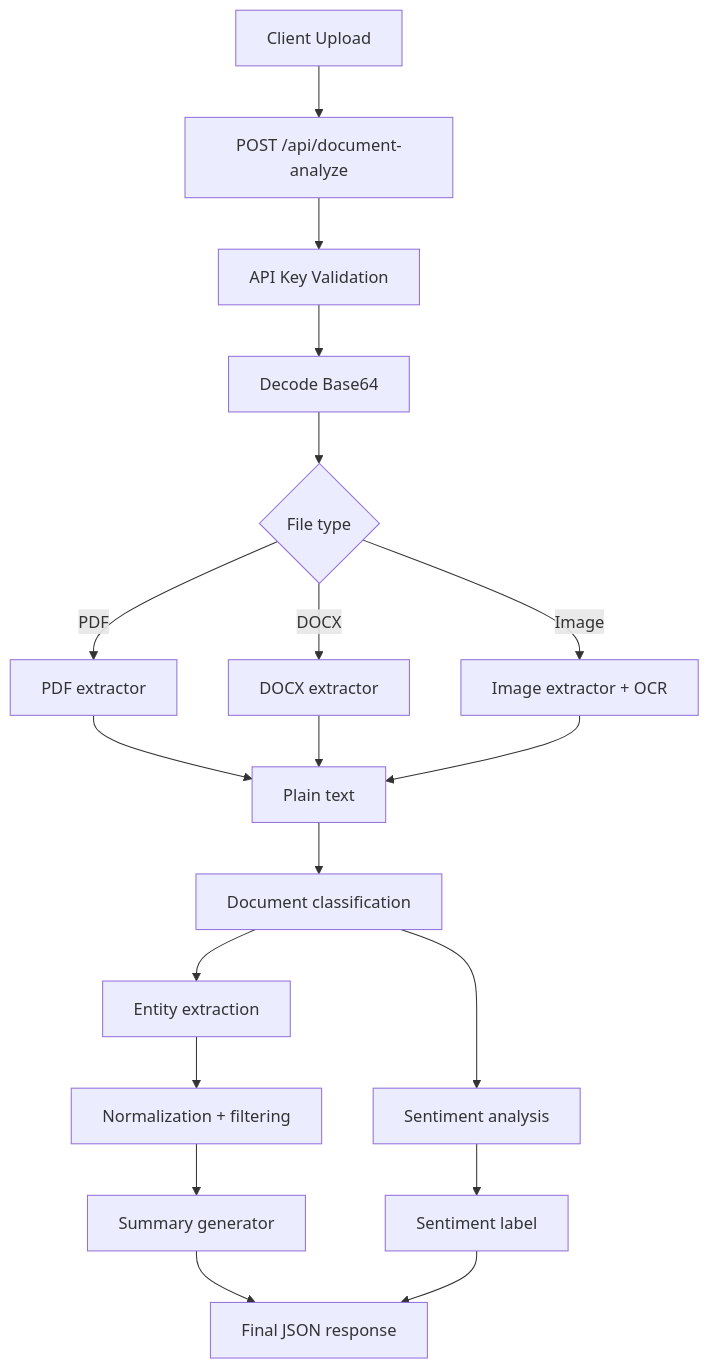
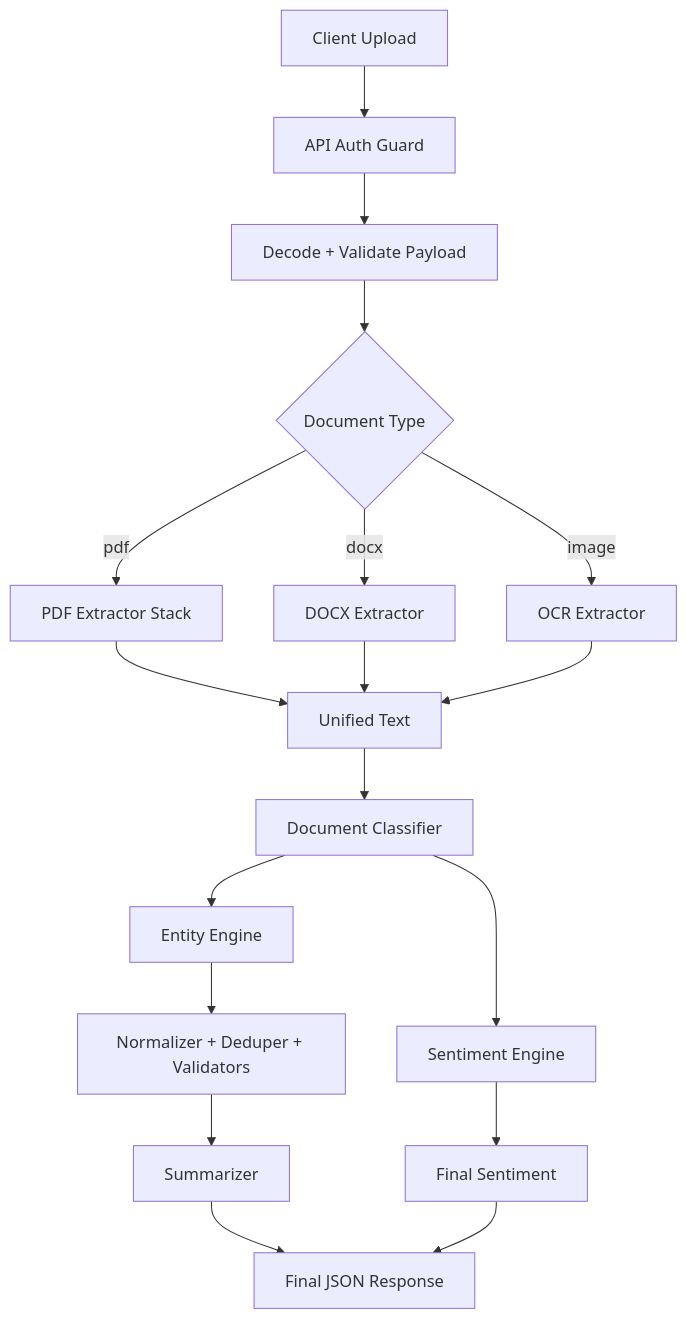
One commit to Akshat1345/document-analyzer changed the diagram in README.md. Above: the diagram before and after it, drawn with Mermaid. The commit also changed other lines of this file, not shown here.

````diff
--- a/README.md
+++ b/README.md
@@ -49,21 +62,20 @@
 ```mermaid
 flowchart TD
-  A[Client Upload] --> B[POST /api/document-analyze]
-  B --> C[API Key Validation]
-  C --> D[Decode Base64]
-  D --> E{File type}
-  E -->|PDF| F[PDF extractor]
-  E -->|DOCX| G[DOCX extractor]
-  E -->|Image| H[Image extractor + OCR]
-  F --> I[Plain text]
-  G --> I
-  H --> I
-  I --> J[Document classification]
-  J --> K[Entity extraction]
-  J --> L[Sentiment analysis]
-  K --> M[Normalization + filtering]
-  M --> N[Summary generator]
-  L --> O[Sentiment label]
-  N --> P[Final JSON response]
-  O --> P
+  A[Client Upload] --> B[API Auth Guard]
+  B --> C[Decode + Validate Payload]
+  C --> D{Document Type}
+  D -->|pdf| E[PDF Extractor Stack]
+  D -->|docx| F[DOCX Extractor]
+  D -->|image| G[OCR Extractor]
+  E --> H[Unified Text]
+  F --> H
+  G --> H
+  H --> I[Document Classifier]
+  I --> J[Entity Engine]
+  I --> K[Sentiment Engine]
+  J --> L[Normalizer + Deduper + Validators]
+  L --> M[Summarizer]
+  K --> N[Final Sentiment]
+  M --> O[Final JSON Response]
+  N --> O
 ```
````
